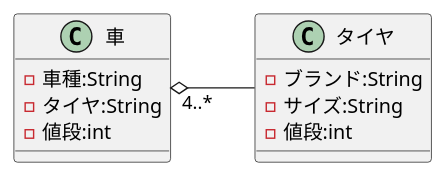
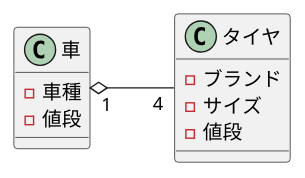
Before and after one commit to moppechan/uml_introduction: the diagram in 演習3-4_クラス図.pu, drawn with PlantUML. The commit also changed 4 other files, not shown here.

```diff
--- a/演習3-4_クラス図.pu
+++ b/演習3-4_クラス図.pu
@@ -1,14 +1,13 @@
 @startuml クラス図
 left to right direction
 class 車 {
-- 車種:String
-- タイヤ:String
-- 値段:int
+- 車種
+- 値段
 }
 class タイヤ {
-- ブランド:String
-- サイズ:String
-- 値段:int    
+- ブランド
+- サイズ
+- 値段   
 }
-車 "4..*" o-- タイヤ
+車 "1" o-- "4" タイヤ
 @enduml
```
